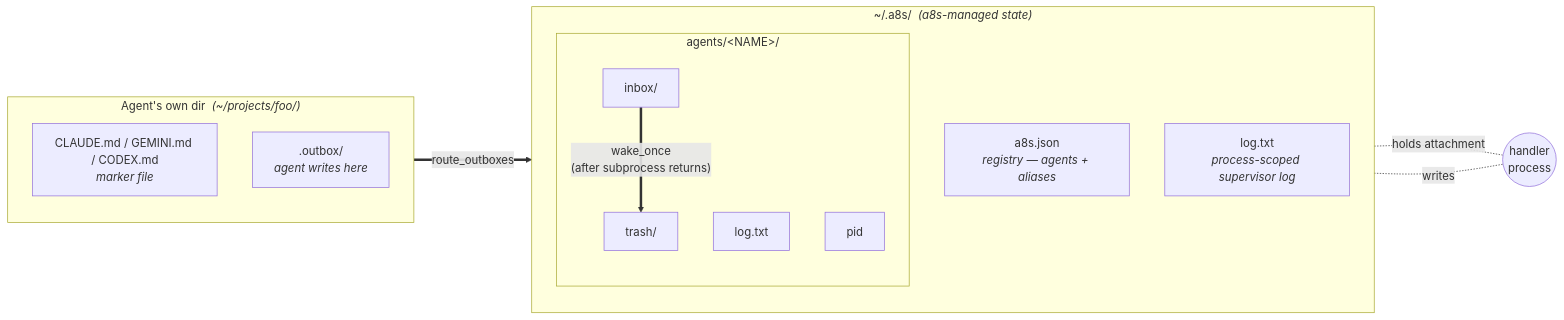
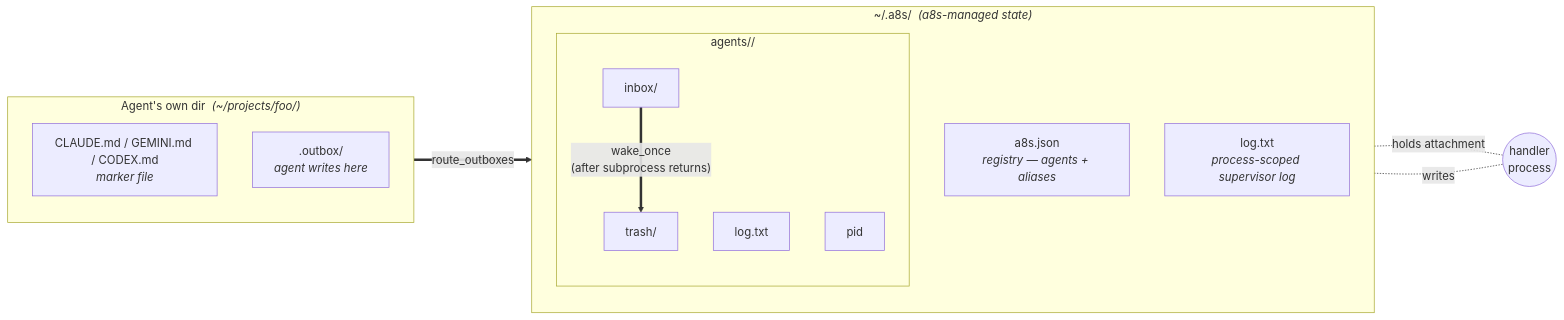
Before and after one commit to neilobremski/bin: the diagram in apps/a8s/README.md, drawn with Mermaid. The commit also changed other lines of this file and 11 other files, not shown here.

````diff
--- a/apps/a8s/README.md
+++ b/apps/a8s/README.md
@@ -20,28 +20,28 @@
 ```mermaid
 flowchart LR
-    subgraph A["Agent's own dir &nbsp;<i>(~/projects/foo/)</i>"]
+    subgraph A["Agent's own dir  <i>(~/projects/foo/)</i>"]
         direction TB
         marker["CLAUDE.md / GEMINI.md / CODEX.md<br/><i>marker file</i>"]
         outbox[".outbox/<br/><i>agent writes here</i>"]
     end
 
-    subgraph H["~/.a8s/ &nbsp;<i>(a8s-managed state)</i>"]
+    subgraph H["~/.a8s/  <i>(a8s-managed state)</i>"]
         direction TB
         reg["a8s.json<br/><i>registry — agents + aliases</i>"]
         slog["log.txt<br/><i>process-scoped supervisor log</i>"]
-        subgraph AG["agents/&lt;NAME&gt;/"]
+        subgraph AG["agents/<NAME>/"]
             direction TB
             ib["inbox/"]
             tr["trash/"]
             alog["log.txt"]
             pid["pid"]
         end
     end
 
     handler(("handler<br/>process"))
 
     outbox ==>|"route_outboxes"| ib
     ib ==>|"wake_once<br/>(after subprocess returns)"| tr
     pid -.-|"holds attachment"| handler
     handler -.-|"writes"| alog
 ```
````
